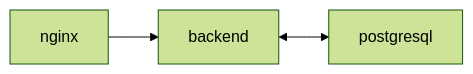
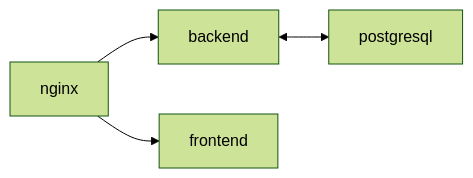
Before and after one commit to hixwizard/docker_ci-cd: the diagram in README.md, drawn with Mermaid (forest theme).

````diff
--- a/README.md
+++ b/README.md
@@ -49,4 +49,5 @@
 ```mermaid
 graph LR;
   nginx --> backend <--> postgresql;
+  nginx --> frontend;
 ```
````
